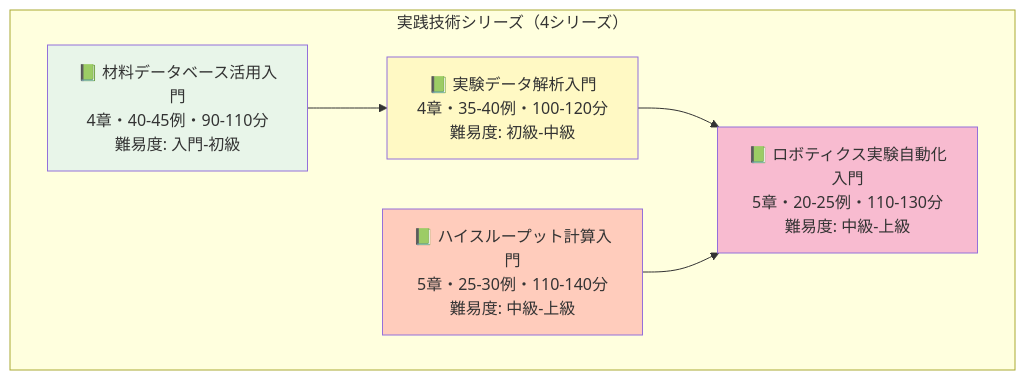
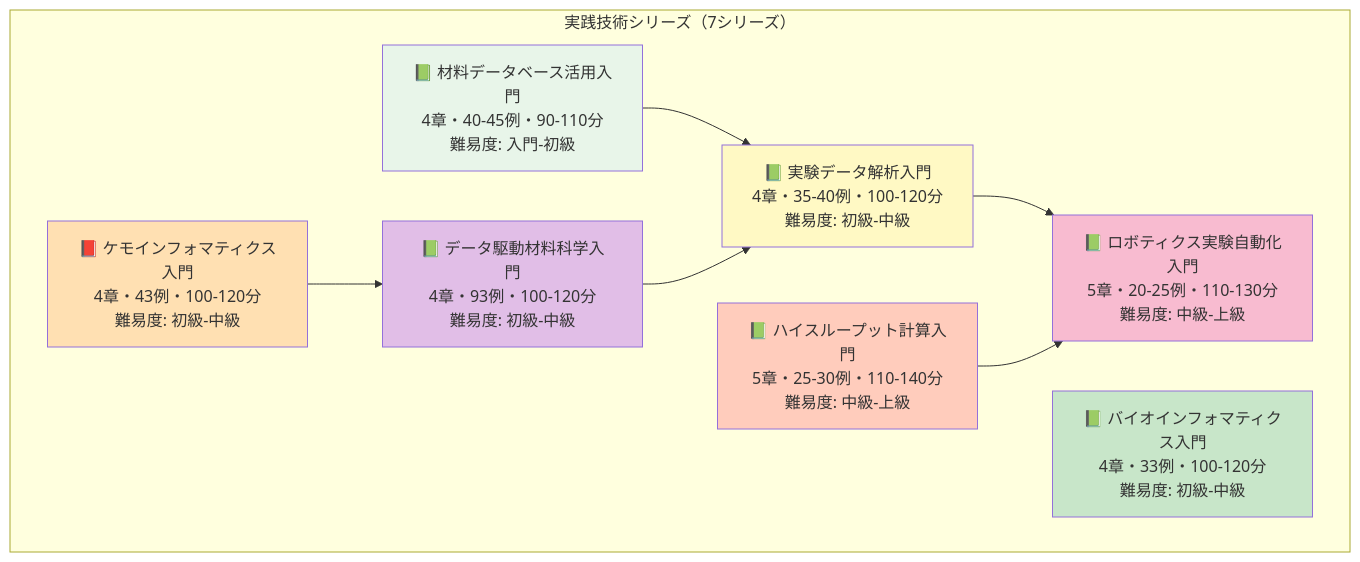
One commit to YusukeHashimotoLab/AI_Homepage changed diagram 12 of 29 in wp/knowledge/jp/index.md. Above: the diagram before and after it, drawn with Mermaid. The commit also changed other lines of this file and 23 other files, not shown here.

````diff
--- a/wp/knowledge/jp/index.md
+++ b/wp/knowledge/jp/index.md
@@ -1810,18 +1907,26 @@
 ```mermaid
 graph TB
-    subgraph "実践技術シリーズ（4シリーズ）"
+    subgraph "実践技術シリーズ（7シリーズ）"
         DB[📗 材料データベース活用入門<br/>4章・40-45例・90-110分<br/>難易度: 入門-初級]
         EXP[📗 実験データ解析入門<br/>4章・35-40例・100-120分<br/>難易度: 初級-中級]
         HT[📗 ハイスループット計算入門<br/>5章・25-30例・110-140分<br/>難易度: 中級-上級]
         ROB[📗 ロボティクス実験自動化入門<br/>5章・20-25例・110-130分<br/>難易度: 中級-上級]
+        CHEM[📕 ケモインフォマティクス入門<br/>4章・43例・100-120分<br/>難易度: 初級-中級]
+        BIO[📗 バイオインフォマティクス入門<br/>4章・33例・100-120分<br/>難易度: 初級-中級]
+        DD[📗 データ駆動材料科学入門<br/>4章・93例・100-120分<br/>難易度: 初級-中級]
     end
 
     DB --> EXP
     EXP --> ROB
     HT --> ROB
+    CHEM --> DD
+    DD --> EXP
 
     style DB fill:#e8f5e9
     style EXP fill:#fff9c4
     style HT fill:#ffccbc
     style ROB fill:#f8bbd0
+    style CHEM fill:#ffe0b2
+    style BIO fill:#c8e6c9
+    style DD fill:#e1bee7
 ```
````
